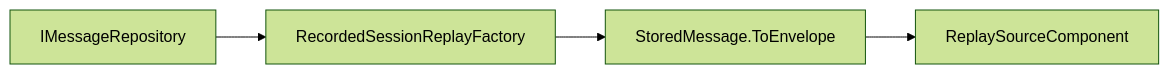
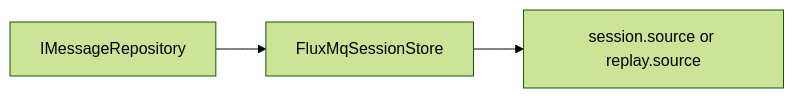
The third of 4 diagrams in docs/replay.md (araxis/FluxMq), drawn with Mermaid (forest theme) before and after one commit. The commit also changed other lines of this file and 18 other files, not shown here.

````diff
--- a/docs/replay.md
+++ b/docs/replay.md
@@ -87,6 +82,5 @@
 ```mermaid
 flowchart LR
-    Repository["IMessageRepository"] --> Factory["RecordedSessionReplayFactory"]
-    Factory --> Convert["StoredMessage.ToEnvelope"]
-    Convert --> Source["ReplaySourceComponent"]
+    Repository["IMessageRepository"] --> Store["FluxMqSessionStore"]
+    Store --> Source["session.source or replay.source"]
 ```
````
